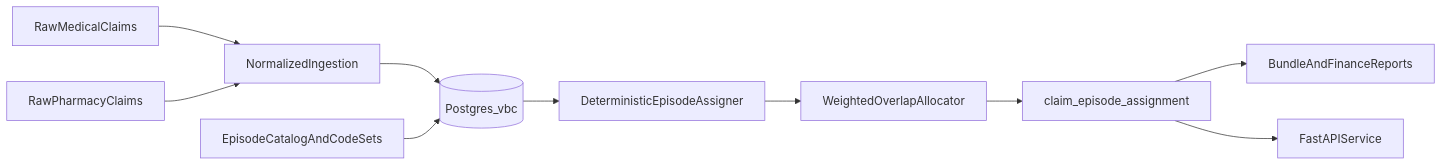
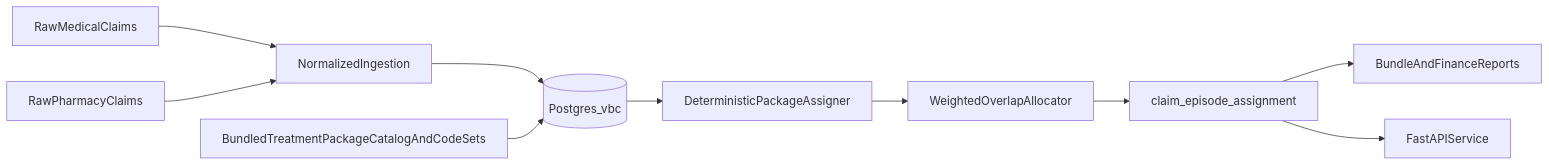
One commit to amolkodan/value-based-care-claims-platform changed the diagram in README.md. Above: the diagram before and after it, drawn with Mermaid. The commit also changed other lines of this file, not shown here.

First line of the commit message:
Refine README terminology to bundled treatment packages

````diff
--- a/README.md
+++ b/README.md
@@ -43,12 +43,12 @@
 ```mermaid
 flowchart LR
   rawMed[RawMedicalClaims] --> normIngest[NormalizedIngestion]
   rawRx[RawPharmacyClaims] --> normIngest
   normIngest --> pg[(Postgres_vbc)]
-  catalog[EpisodeCatalogAndCodeSets] --> pg
-  pg --> assigner[DeterministicEpisodeAssigner]
+  catalog[BundledTreatmentPackageCatalogAndCodeSets] --> pg
+  pg --> assigner[DeterministicPackageAssigner]
   assigner --> overlap[WeightedOverlapAllocator]
   overlap --> assignTbl[claim_episode_assignment]
   assignTbl --> reports[BundleAndFinanceReports]
   assignTbl --> api[FastAPIService]
 ```
````
